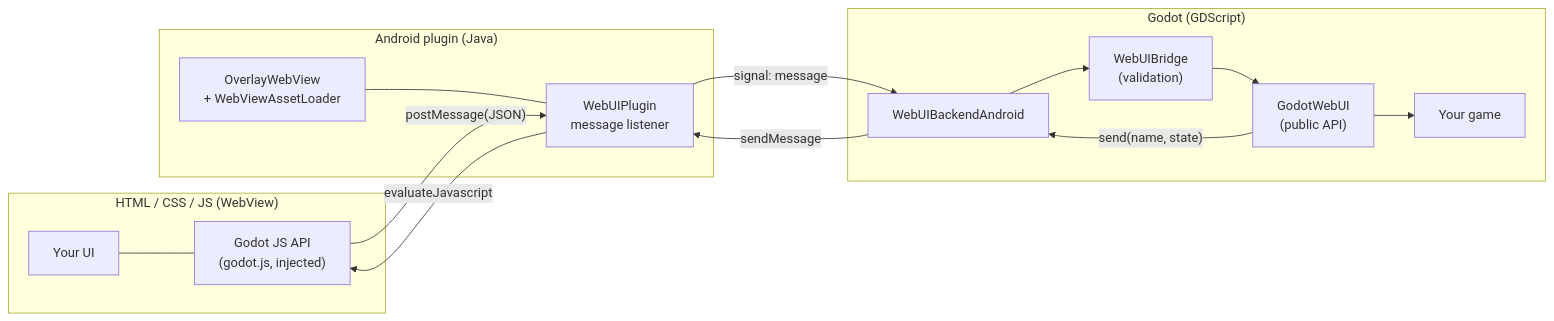
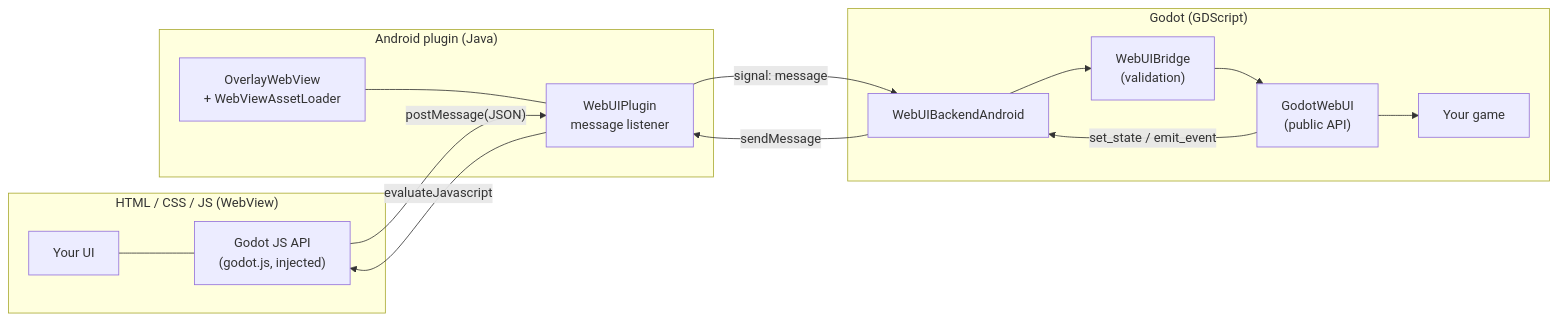
One commit to Creative-banda/godot-webui changed the diagram in README.md. Above: the diagram before and after it, drawn with Mermaid. The commit also changed other lines of this file and 25 other files, not shown here.

````diff
--- a/README.md
+++ b/README.md
@@ -36,17 +36,17 @@
 ```mermaid
 flowchart LR
     subgraph Page["HTML / CSS / JS (WebView)"]
         UI["Your UI"] --- GJS["Godot JS API<br/>(godot.js, injected)"]
     end
     subgraph Native["Android plugin (Java)"]
         WV["OverlayWebView<br/>+ WebViewAssetLoader"] --- PL["WebUIPlugin<br/>message listener"]
     end
     subgraph GD["Godot (GDScript)"]
         BE["WebUIBackendAndroid"] --> BR["WebUIBridge<br/>(validation)"] --> API["GodotWebUI<br/>(public API)"] --> GAME["Your game"]
     end
     GJS -- "postMessage(JSON)" --> PL
     PL -- "signal: message" --> BE
-    API -- "send(name, state)" --> BE
+    API -- "set_state / emit_event" --> BE
     BE -- "sendMessage" --> PL
     PL -- "evaluateJavascript" --> GJS
 ```
````
